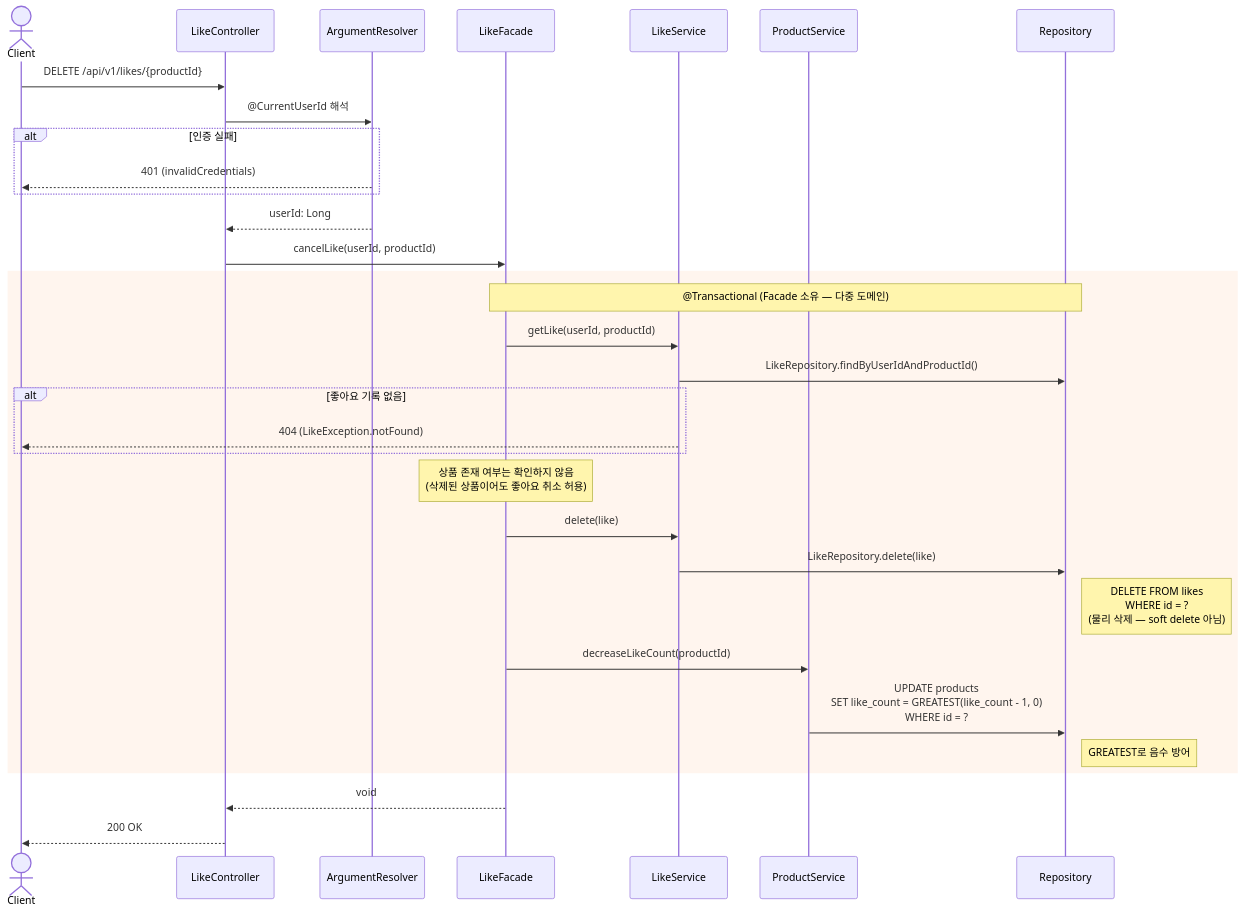
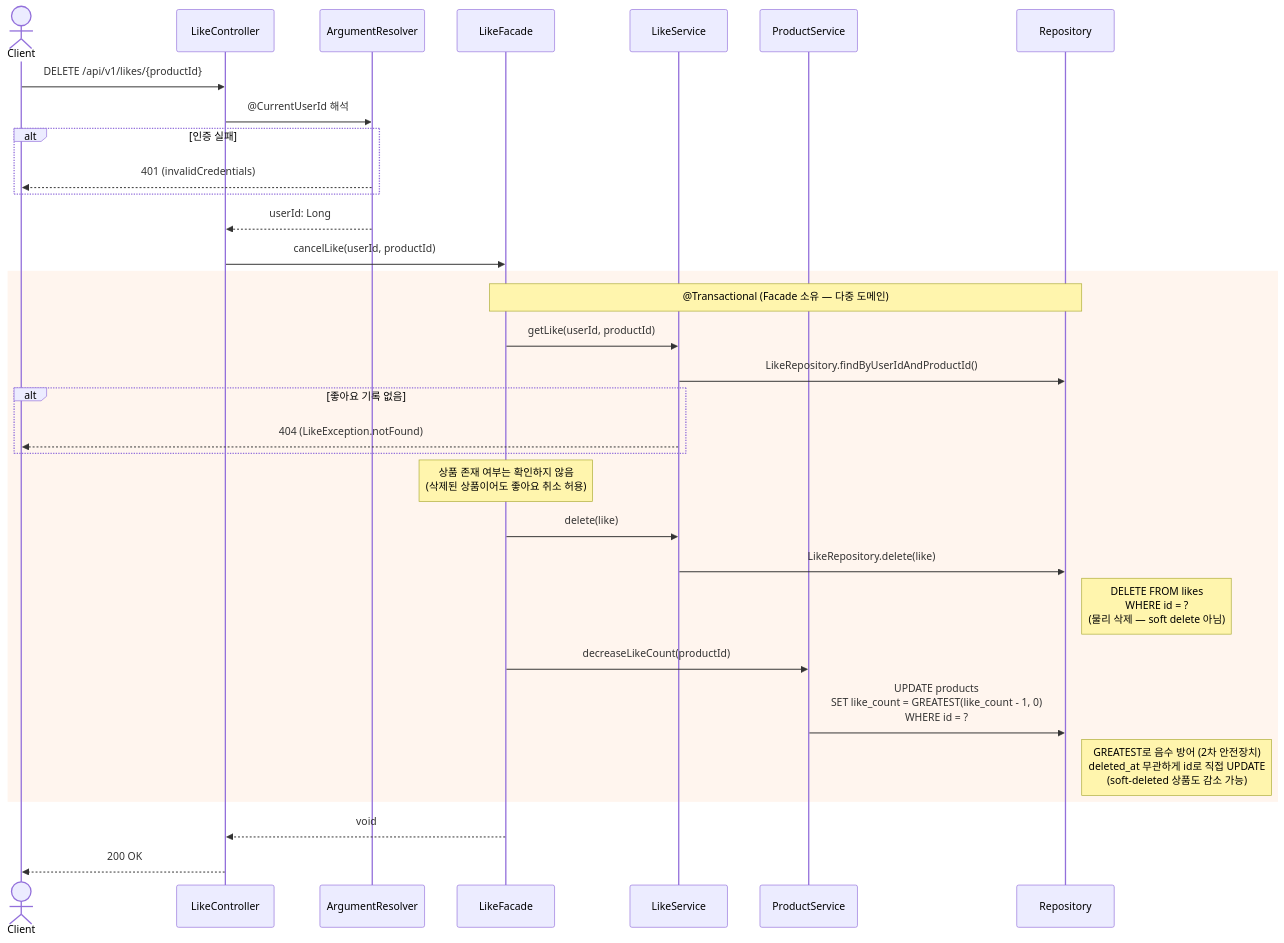
The fourth of 4 diagrams in docs/design/02-dev-sequence-diagrams.md (Loopers-dev-lab/loop-pack-be-l2-vol3-kotlin), drawn with Mermaid before and after one commit. The commit also changed other lines of this file and 4 other files, not shown here.

````diff
--- a/docs/design/02-dev-sequence-diagrams.md
+++ b/docs/design/02-dev-sequence-diagrams.md
@@ -356,48 +357,48 @@
 ```mermaid
 sequenceDiagram
     actor Client
     participant Controller as LikeController
     participant Auth as ArgumentResolver
     participant Facade as LikeFacade
     participant LikeSvc as LikeService
     participant ProductSvc as ProductService
     participant Repo as Repository
 
     %% === 인증 ===
     Client->>Controller: DELETE /api/v1/likes/{productId}
     Controller->>Auth: @CurrentUserId 해석
     alt 인증 실패
         Auth-->>Client: 401 (invalidCredentials)
     end
     Auth-->>Controller: userId: Long
 
     Controller->>Facade: cancelLike(userId, productId)
 
     %% === 검증 + 삭제 (단일 트랜잭션) ===
     rect rgb(255, 245, 238)
         Note over Facade, Repo: @Transactional (Facade 소유 — 다중 도메인)
 
         %% Step 1: 좋아요 존재 확인
         Facade->>LikeSvc: getLike(userId, productId)
         LikeSvc->>Repo: LikeRepository.findByUserIdAndProductId()
 
         alt 좋아요 기록 없음
             LikeSvc-->>Client: 404 (LikeException.notFound)
         end
 
         Note over Facade: 상품 존재 여부는 확인하지 않음<br/>(삭제된 상품이어도 좋아요 취소 허용)
 
         %% Step 2: 좋아요 삭제 (Hard Delete)
         Facade->>LikeSvc: delete(like)
         LikeSvc->>Repo: LikeRepository.delete(like)
         Note right of Repo: DELETE FROM likes<br/>WHERE id = ?<br/>(물리 삭제 — soft delete 아님)
 
         %% Step 3: 인기도 동기화
         Facade->>ProductSvc: decreaseLikeCount(productId)
         ProductSvc->>Repo: UPDATE products<br/>SET like_count = GREATEST(like_count - 1, 0)<br/>WHERE id = ?
-        Note right of Repo: GREATEST로 음수 방어
+        Note right of Repo: GREATEST로 음수 방어 (2차 안전장치)<br/>deleted_at 무관하게 id로 직접 UPDATE<br/>(soft-deleted 상품도 감소 가능)
     end
 
     Facade-->>Controller: void
     Controller-->>Client: 200 OK
 ```
````
